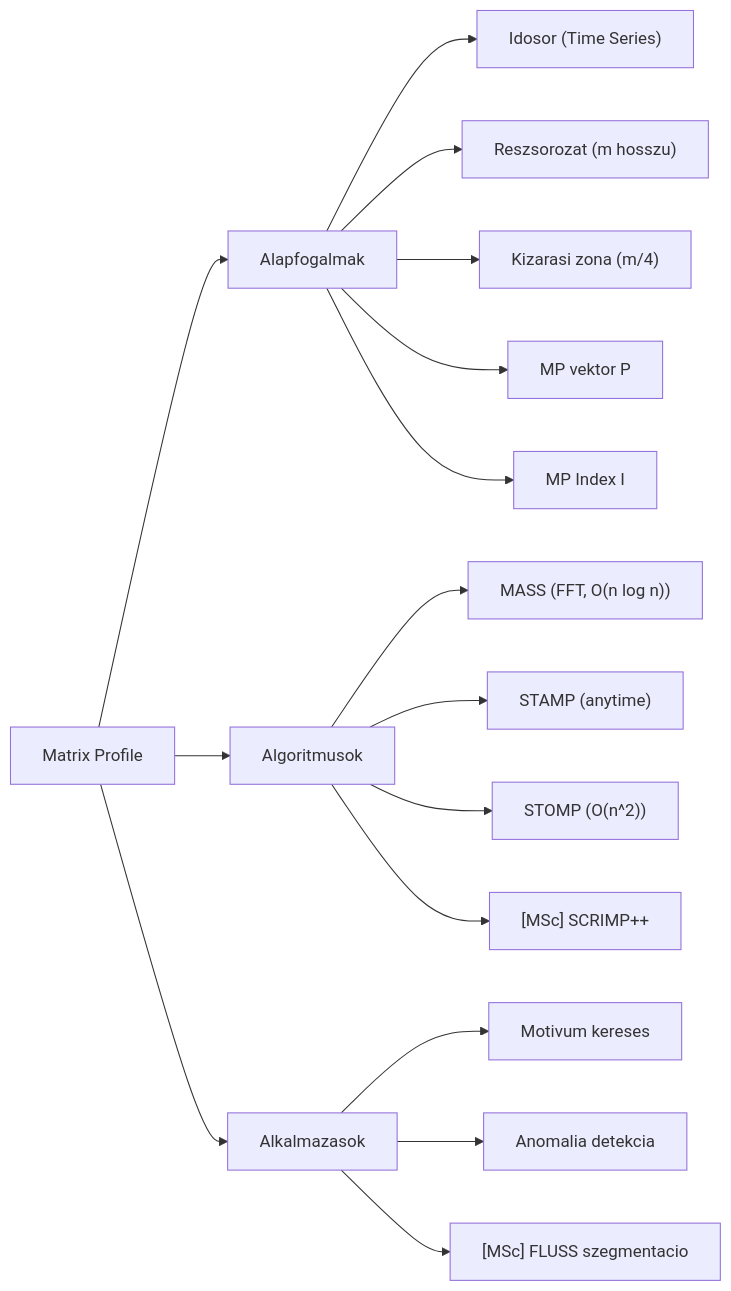
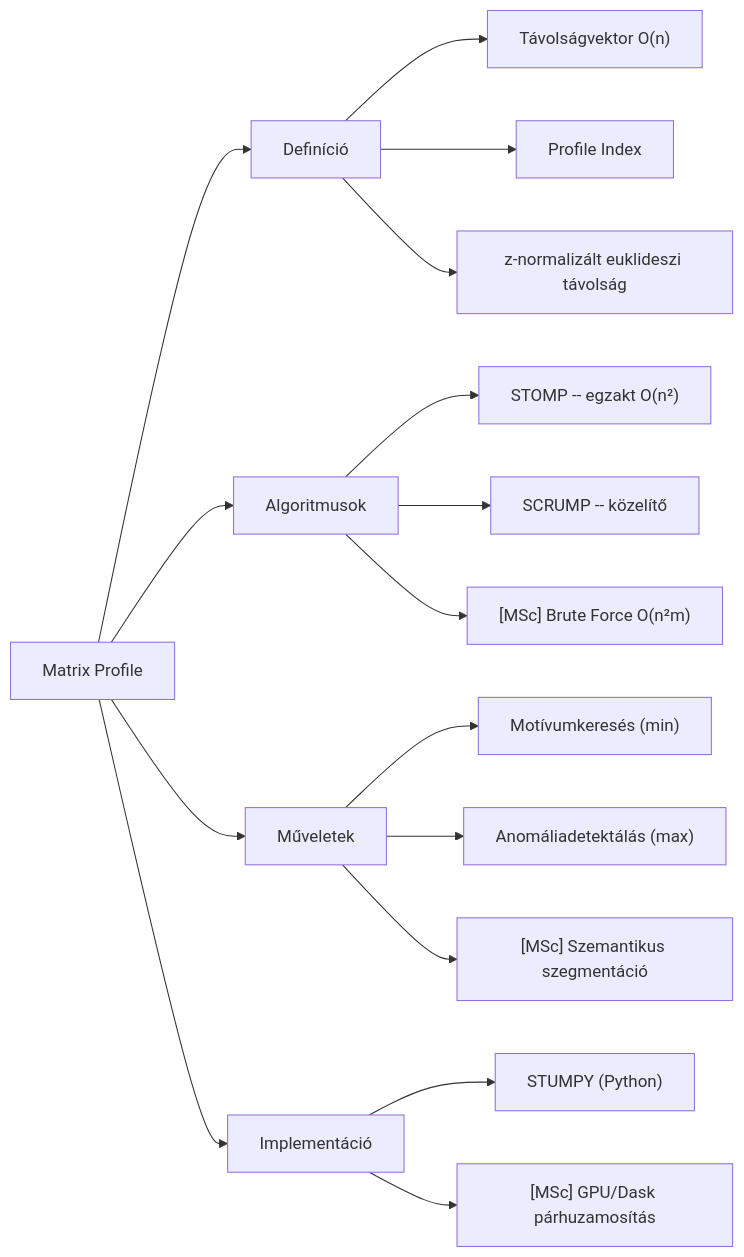
Before and after one commit to InutilemMachina/claude_play: the diagram in haromhetes_teszt/1_matrixprofil/1_Mindmap.md, drawn with Mermaid. The commit also changed other lines of this file and 32 other files, not shown here.

````diff
--- a/haromhetes_teszt/1_matrixprofil/1_Mindmap.md
+++ b/haromhetes_teszt/1_matrixprofil/1_Mindmap.md
@@ -12,19 +12,19 @@
 ```mermaid
 flowchart LR
   MP["Matrix Profile"]
-  MP --> ALAP["Alapfogalmak"]
-  ALAP --> TS["Idosor (Time Series)"]
-  ALAP --> SUB["Reszsorozat (m hosszu)"]
-  ALAP --> EZ["Kizarasi zona (m/4)"]
-  ALAP --> PV["MP vektor P"]
-  ALAP --> IV["MP Index I"]
+  MP --> DEF["Definíció"]
+  DEF --> VECT["Távolságvektor O(n)"]
+  DEF --> IDX["Profile Index"]
+  DEF --> ZNORM["z-normalizált euklideszi távolság"]
   MP --> ALGO["Algoritmusok"]
-  ALGO --> MASS["MASS (FFT, O(n log n))"]
-  ALGO --> STAMP["STAMP (anytime)"]
-  ALGO --> STOMP["STOMP (O(n^2))"]
-  ALGO --> SCRIMP["[MSc] SCRIMP++"]
-  MP --> APP["Alkalmazasok"]
-  APP --> MOTIF["Motivum kereses"]
-  APP --> DISCORD["Anomalia detekcia"]
-  APP --> FLUSS["[MSc] FLUSS szegmentacio"]
+  ALGO --> STOMP["STOMP -- egzakt O(n²)"]
+  ALGO --> SCRUMP["SCRUMP -- közelítő"]
+  ALGO --> BF["[MSc] Brute Force O(n²m)"]
+  MP --> MUVELET["Műveletek"]
+  MUVELET --> MOTIV["Motívumkeresés (min)"]
+  MUVELET --> ANOM["Anomáliadetektálás (max)"]
+  MUVELET --> SZEGM["[MSc] Szemantikus szegmentáció"]
+  MP --> IMPL["Implementáció"]
+  IMPL --> STUMPY["STUMPY (Python)"]
+  IMPL --> GPU["[MSc] GPU/Dask párhuzamosítás"]
 ```
````
